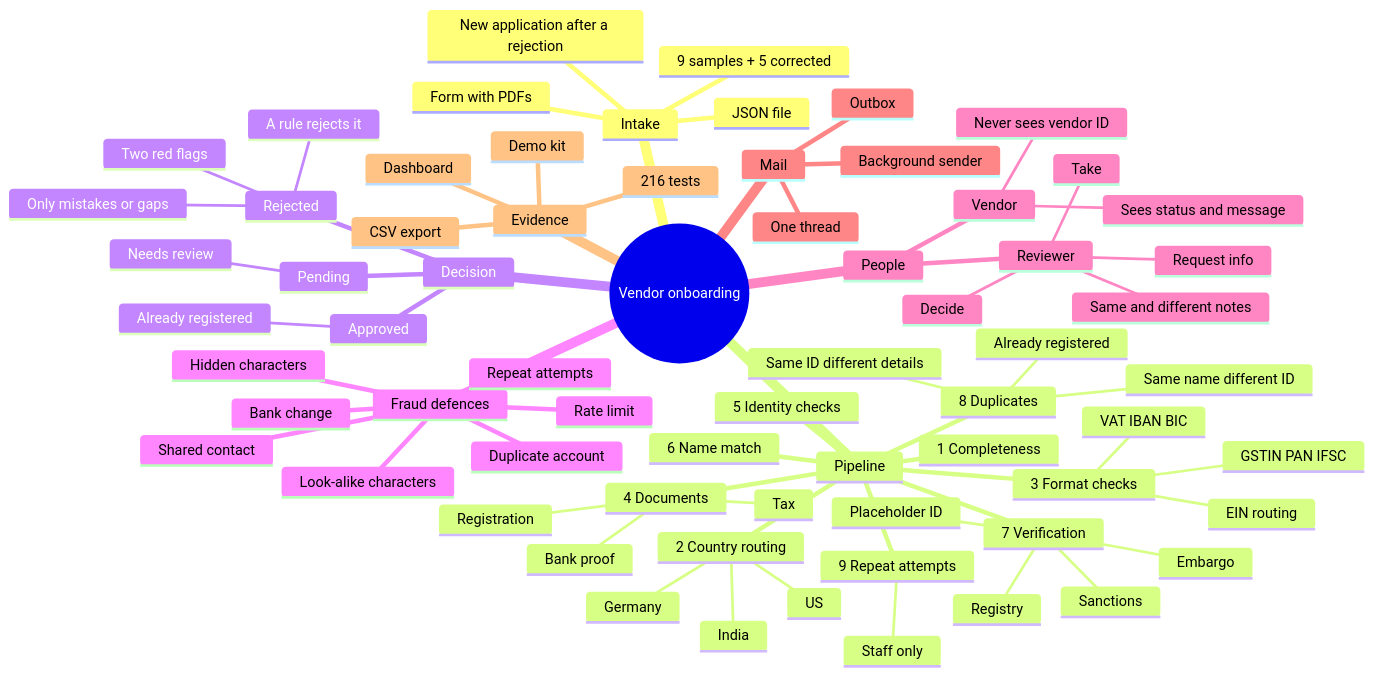
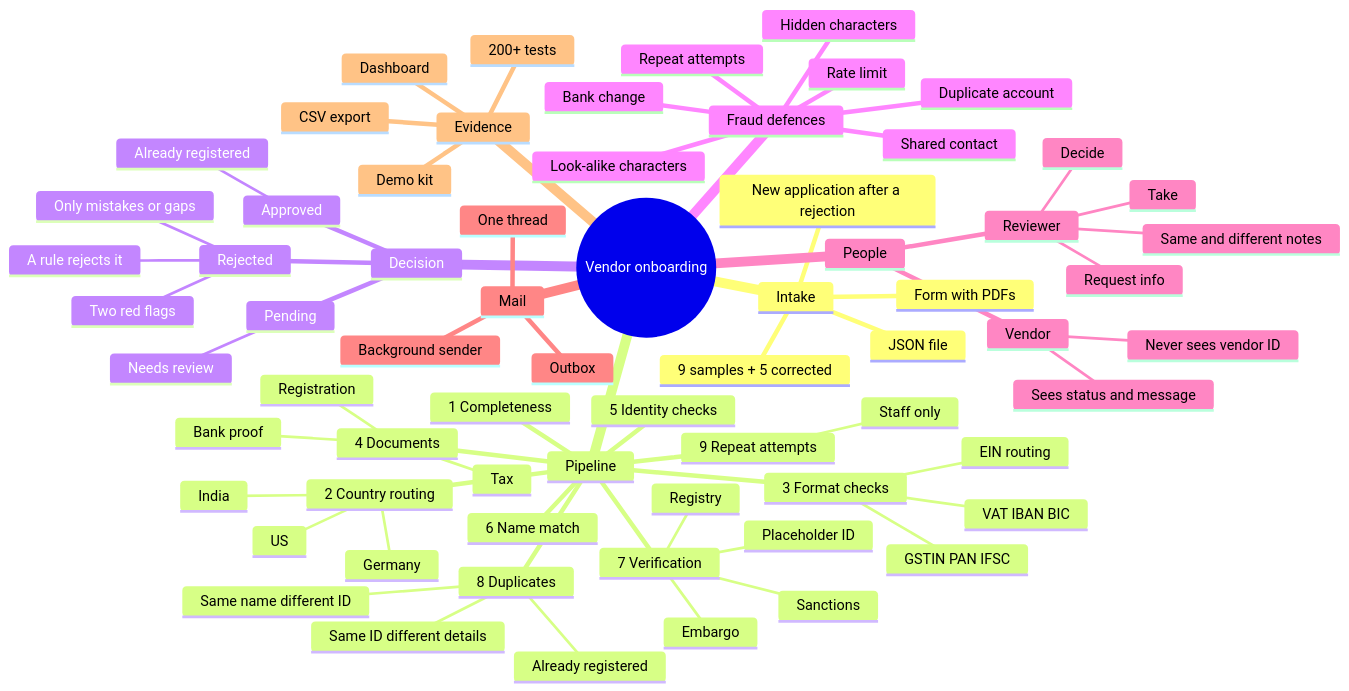
Before and after one commit to ShubhamK0802/vendor-onboarding-flask: the diagram in docs/MIND_MAP.md, drawn with Mermaid. The commit also changed 33 other files, not shown here.

````diff
--- a/docs/MIND_MAP.md
+++ b/docs/MIND_MAP.md
@@ -3,71 +3,71 @@
 ```mermaid
 mindmap
   root((Vendor onboarding))
     Intake
       Form with PDFs
       JSON file
       9 samples + 5 corrected
       New application after a rejection
     Pipeline
       1 Completeness
       2 Country routing
         India
         US
         Germany
       3 Format checks
         GSTIN PAN IFSC
         EIN routing
         VAT IBAN BIC
       4 Documents
         Tax
         Registration
         Bank proof
       5 Identity checks
       6 Name match
       7 Verification
         Registry
         Sanctions
         Embargo
         Placeholder ID
       8 Duplicates
         Already registered
         Same ID different details
         Same name different ID
       9 Repeat attempts
         Staff only
     Decision
       Approved
         Already registered
       Pending
         Needs review
       Rejected
         A rule rejects it
         Two red flags
         Only mistakes or gaps
     Fraud defences
       Look-alike characters
       Hidden characters
       Bank change
       Shared contact
       Duplicate account
       Repeat attempts
       Rate limit
     People
       Vendor
         Sees status and message
         Never sees vendor ID
       Reviewer
         Take
         Decide
         Request info
         Same and different notes
     Mail
       Outbox
       Background sender
       One thread
     Evidence
       Dashboard
       CSV export
-      216 tests
+      200+ tests
       Demo kit
 ```
````
